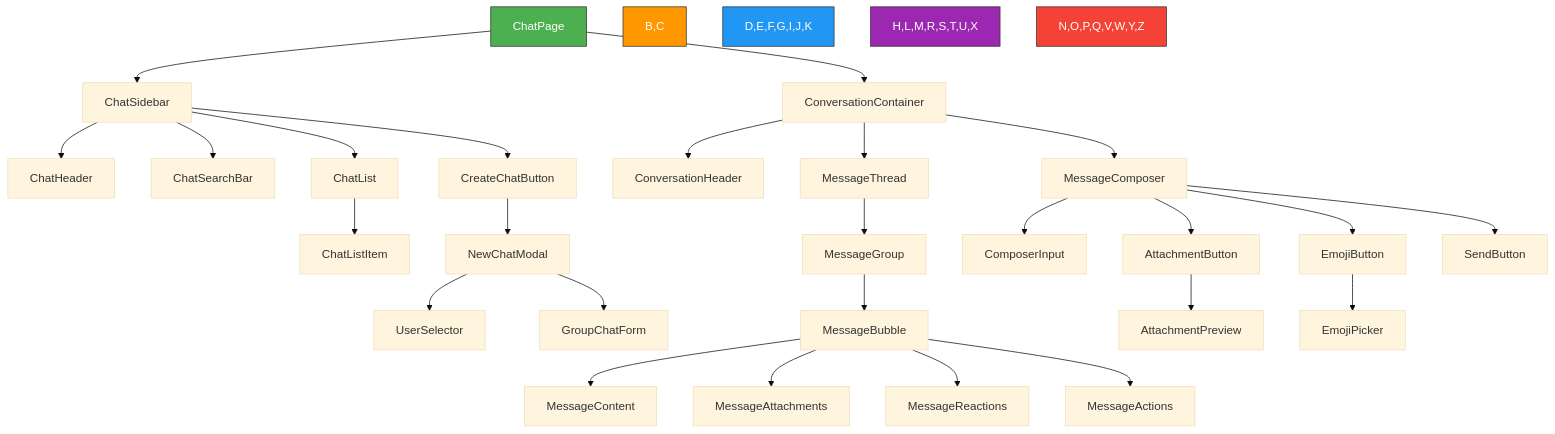
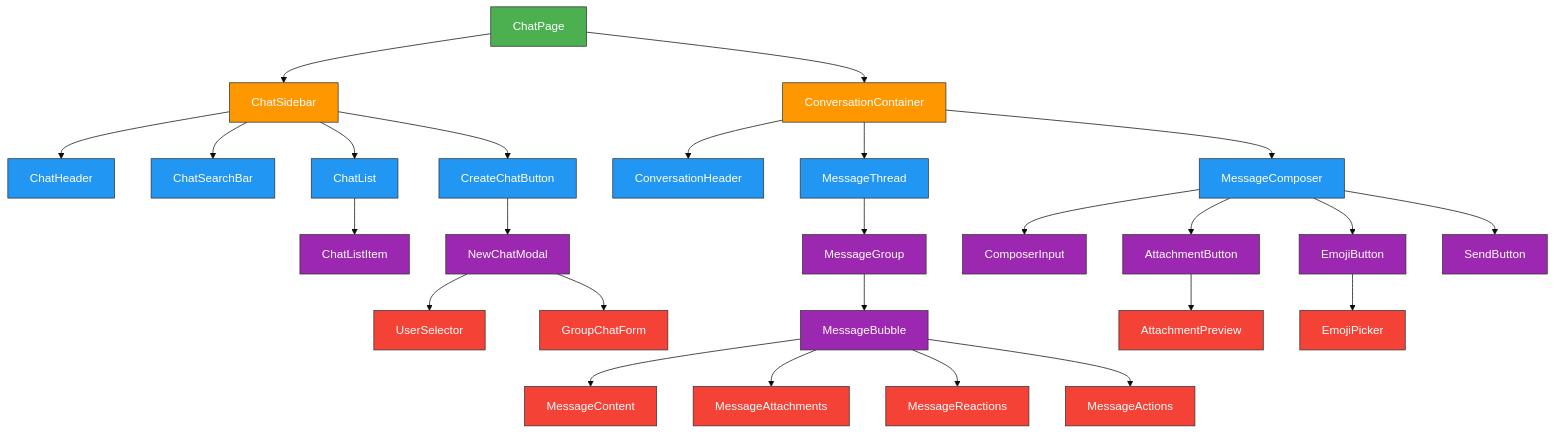
The fifth of 5 diagrams in TuPhung_Docs/docs/frontend/chat.md (TuPhung369/Haaga_Backend_Programming), drawn with Mermaid (base theme) before and after one commit. The commit also changed other lines of this file and 25 other files, not shown here.

````diff
--- a/TuPhung_Docs/docs/frontend/chat.md
+++ b/TuPhung_Docs/docs/frontend/chat.md
@@ -304,41 +304,47 @@
 ```mermaid
 flowchart TD
     A[ChatPage] --> B[ChatSidebar]
     A --> C[ConversationContainer]
     
     B --> D[ChatHeader]
     B --> E[ChatSearchBar]
     B --> F[ChatList]
     B --> G[CreateChatButton]
     
     F --> H[ChatListItem]
     
     C --> I[ConversationHeader]
     C --> J[MessageThread]
     C --> K[MessageComposer]
     
     J --> L[MessageGroup]
     L --> M[MessageBubble]
     M --> N[MessageContent]
     M --> O[MessageAttachments]
     M --> P[MessageReactions]
     M --> Q[MessageActions]
     
     K --> R[ComposerInput]
     K --> S[AttachmentButton]
     K --> T[EmojiButton]
     K --> U[SendButton]
     
     S --> V[AttachmentPreview]
     T --> W[EmojiPicker]
     
     G --> X[NewChatModal]
     X --> Y[UserSelector]
     X --> Z[GroupChatForm]
 
-    style A fill:#4CAF50,stroke:#333,stroke-width:1px,color:#fff
-    style B,C fill:#FF9800,stroke:#333,stroke-width:1px,color:#fff
-    style D,E,F,G,I,J,K fill:#2196F3,stroke:#333,stroke-width:1px,color:#fff
-    style H,L,M,R,S,T,U,X fill:#9C27B0,stroke:#333,stroke-width:1px,color:#fff
-    style N,O,P,Q,V,W,Y,Z fill:#F44336,stroke:#333,stroke-width:1px,color:#fff
+    classDef mainContainer fill:#4CAF50,stroke:#333,stroke-width:1px,color:#fff
+    classDef primarySections fill:#FF9800,stroke:#333,stroke-width:1px,color:#fff
+    classDef secondarySections fill:#2196F3,stroke:#333,stroke-width:1px,color:#fff
+    classDef components fill:#9C27B0,stroke:#333,stroke-width:1px,color:#fff
+    classDef interactiveElements fill:#F44336,stroke:#333,stroke-width:1px,color:#fff
+    
+    class A mainContainer
+    class B,C primarySections
+    class D,E,F,G,I,J,K secondarySections
+    class H,L,M,R,S,T,U,X components
+    class N,O,P,Q,V,W,Y,Z interactiveElements
 ```
````
